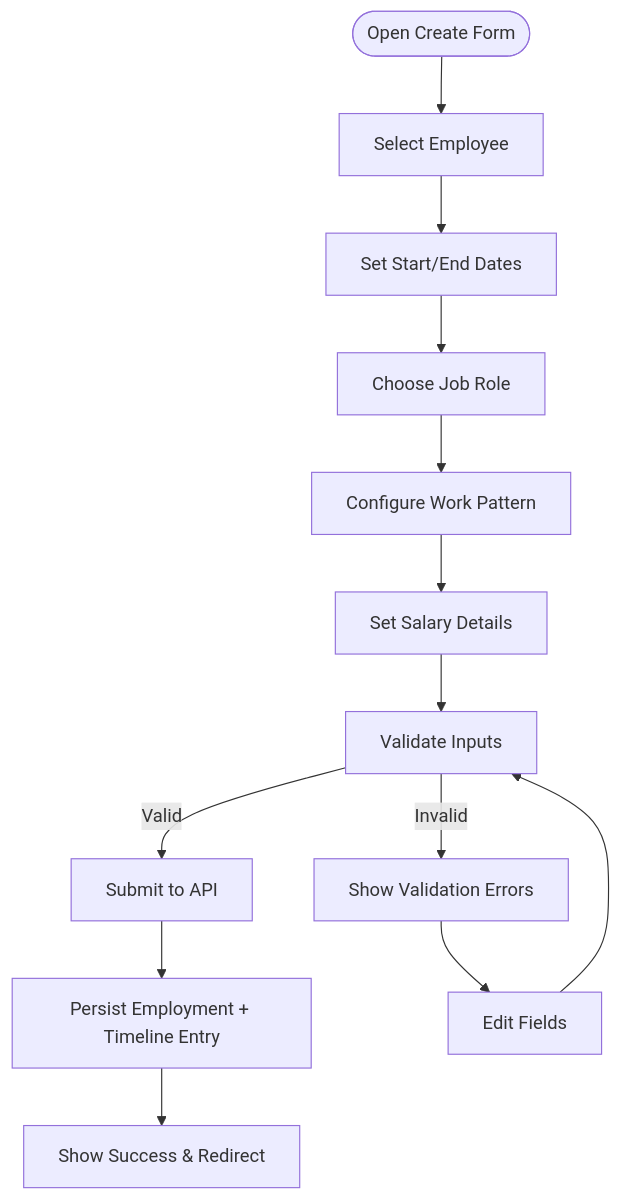
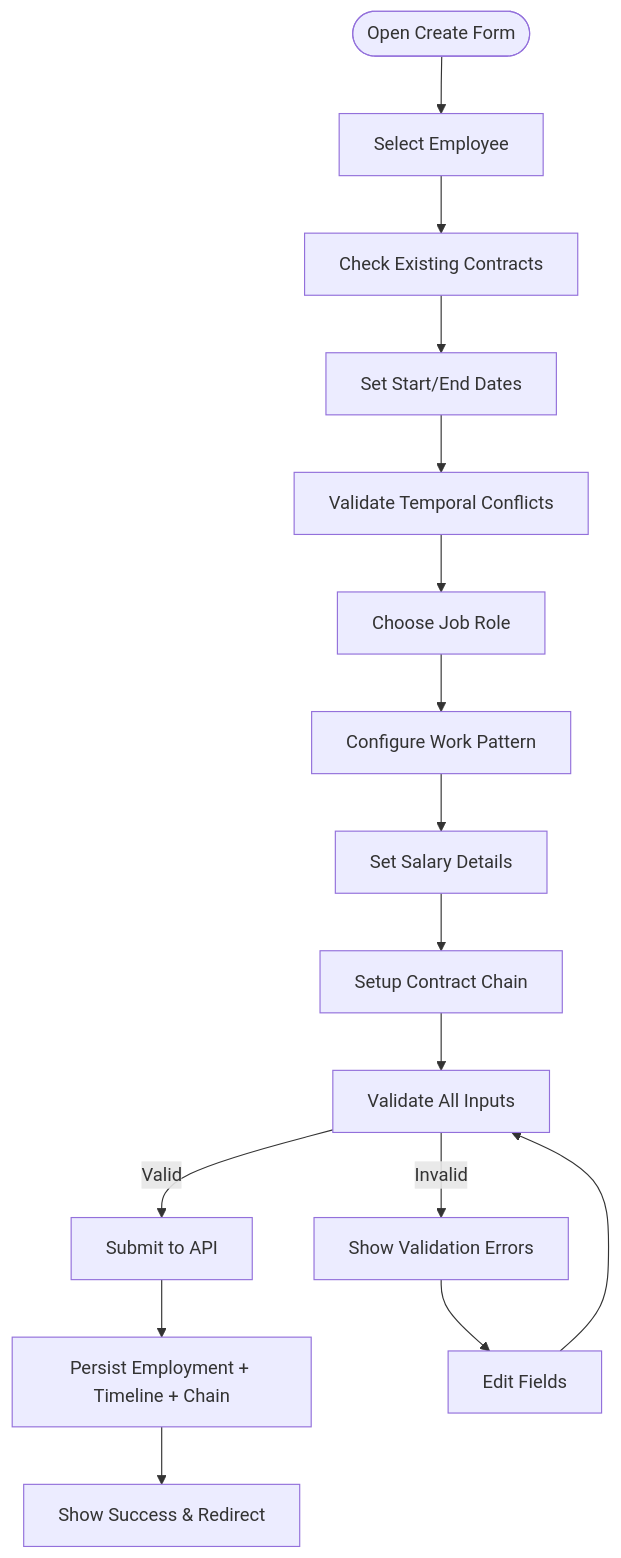
One commit to EdwinCycling/LiquidHR changed the fourth of 11 diagrams in .qoder/repowiki/en/content/Core HR Module/Employment Lifecycle.md. Above: the diagram before and after it, drawn with Mermaid. The commit also changed other lines of this file and 73 other files, not shown here.

````diff
--- a/.qoder/repowiki/en/content/Core HR Module/Employment Lifecycle.md
+++ b/.qoder/repowiki/en/content/Core HR Module/Employment Lifecycle.md
@@ -247,15 +310,18 @@
 ```mermaid
 flowchart TD
 Start(["Open Create Form"]) --> SelectEmployee["Select Employee"]
-SelectEmployee --> SetDates["Set Start/End Dates"]
-SetDates --> ChooseJob["Choose Job Role"]
+SelectEmployee --> CheckExistingContracts["Check Existing Contracts"]
+CheckExistingContracts --> SetDates["Set Start/End Dates"]
+SetDates --> ValidateTemporal["Validate Temporal Conflicts"]
+ValidateTemporal --> ChooseJob["Choose Job Role"]
 ChooseJob --> ConfigureWorkPattern["Configure Work Pattern"]
 ConfigureWorkPattern --> SetSalary["Set Salary Details"]
-SetSalary --> Validate["Validate Inputs"]
+SetSalary --> SetupContractChain["Setup Contract Chain"]
+SetupContractChain --> Validate["Validate All Inputs"]
 Validate --> |Valid| Submit["Submit to API"]
 Validate --> |Invalid| ShowErrors["Show Validation Errors"]
-Submit --> Persist["Persist Employment + Timeline Entry"]
+Submit --> Persist["Persist Employment + Timeline + Chain"]
 Persist --> Success["Show Success & Redirect"]
 ShowErrors --> Edit["Edit Fields"]
 Edit --> Validate
 ```
````
